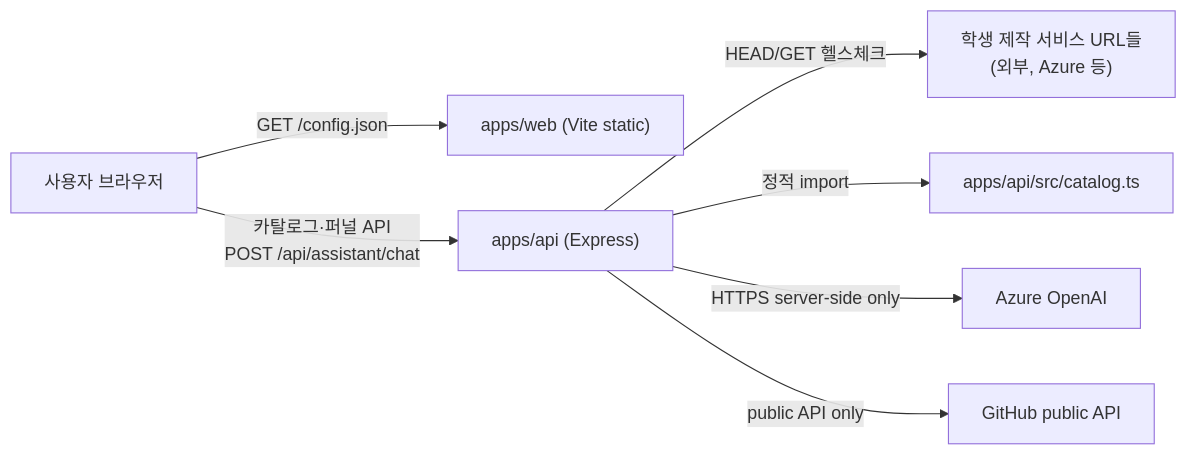
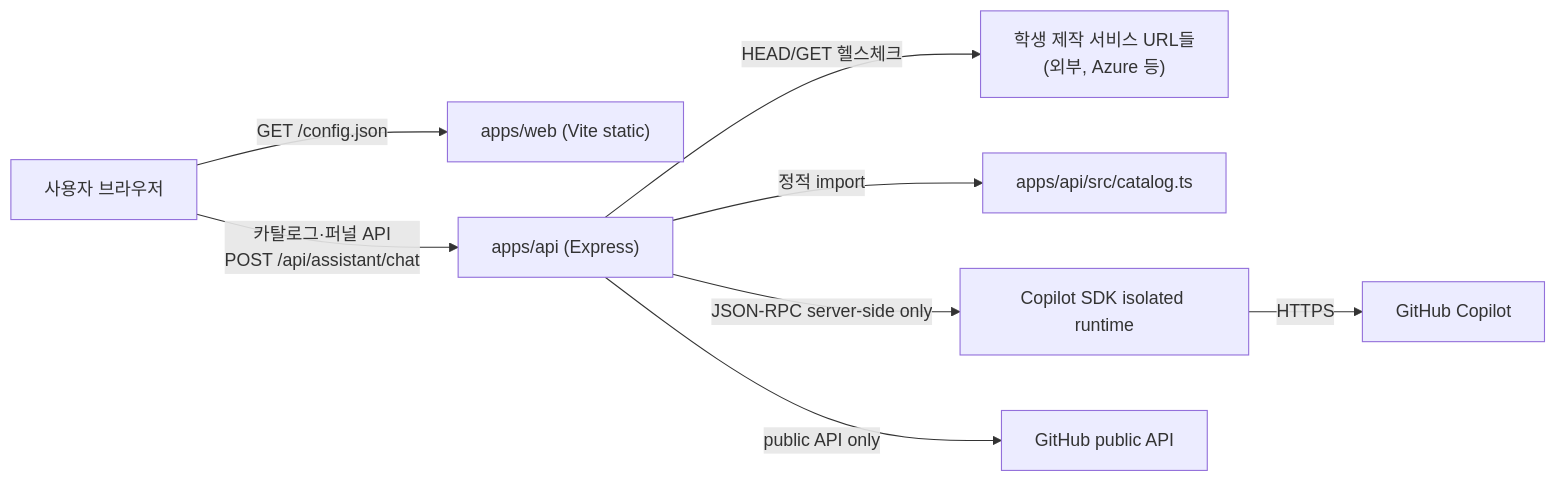
One commit to kimhyunbin08/Gyro changed the diagram in trd.md. Above: the diagram before and after it, drawn with Mermaid. The commit also changed other lines of this file and 16 other files, not shown here.

First line of the commit message:
feat: use Copilot SDK with Actions-injected server PAT

````diff
--- a/trd.md
+++ b/trd.md
@@ -42,9 +42,10 @@
 ```mermaid
 flowchart LR
   U["사용자 브라우저"] -->|GET /config.json| W["apps/web (Vite static)"]
   U -->|카탈로그·퍼널 API\nPOST /api/assistant/chat| A["apps/api (Express)"]
   A -->|HEAD/GET 헬스체크| S["학생 제작 서비스 URL들\n(외부, Azure 등)"]
   A -->|정적 import| C["apps/api/src/catalog.ts"]
-  A -->|HTTPS server-side only| AOAI["Azure OpenAI"]
+  A -->|JSON-RPC server-side only| SDK["Copilot SDK isolated runtime"]
+  SDK -->|HTTPS| COPILOT["GitHub Copilot"]
   A -->|public API only| GH["GitHub public API"]
 ```
````
